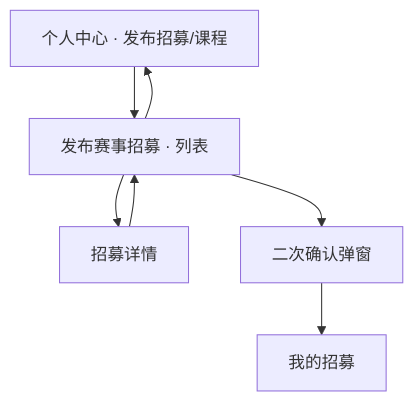
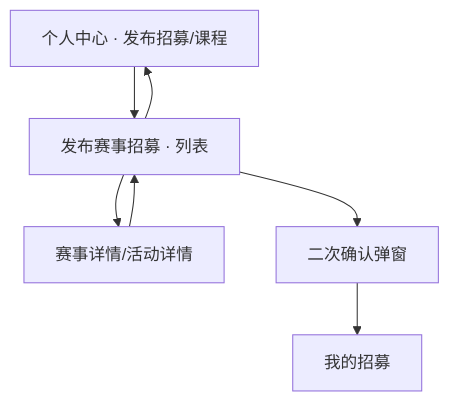
One commit to cgd1093702532-star/personal-site changed the diagram in docs/miniprogram/pages/发布招募.md. Above: the diagram before and after it, drawn with Mermaid. The commit also changed other lines of this file and 117 other files, not shown here.

````diff
--- a/docs/miniprogram/pages/发布招募.md
+++ b/docs/miniprogram/pages/发布招募.md
@@ -55,9 +55,9 @@
 ```mermaid
 flowchart TD
   A[个人中心 · 发布招募/课程] --> B[发布赛事招募 · 列表]
-  B --> C[招募详情]
+  B --> C[赛事详情/活动详情]
   B --> D[二次确认弹窗]
   D --> E[我的招募]
   C --> B
   B --> A
 ```
````
